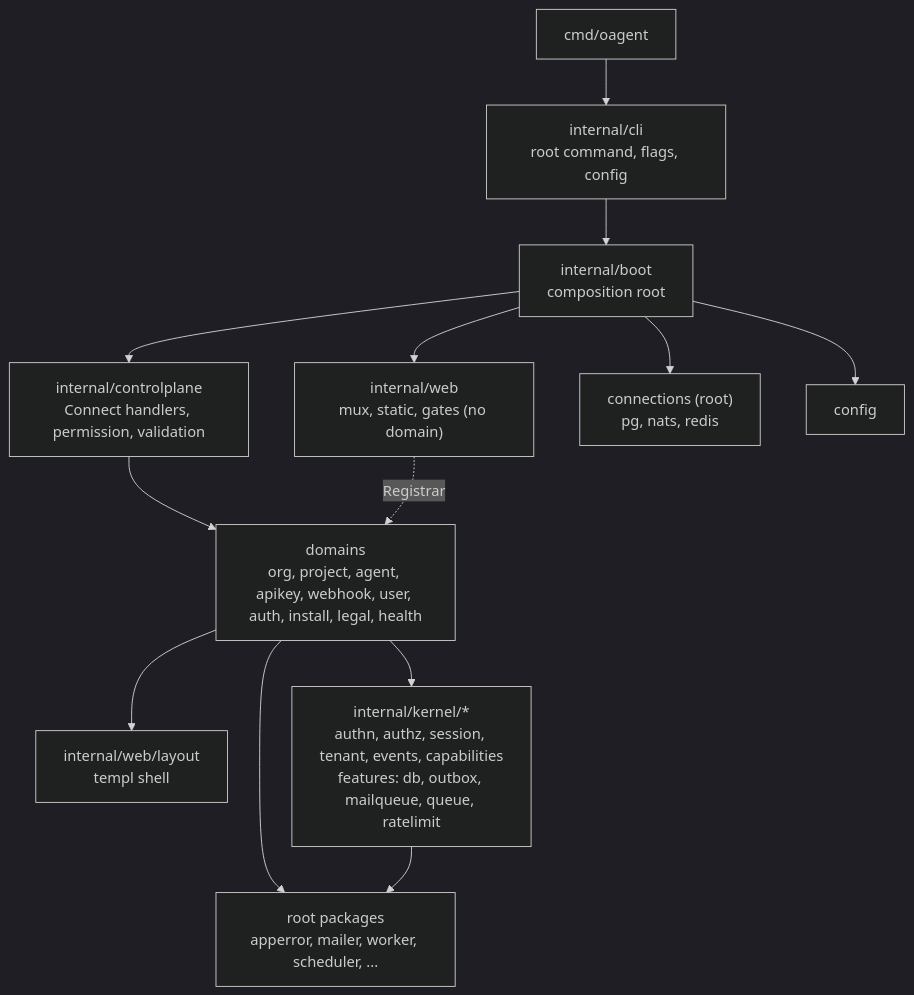
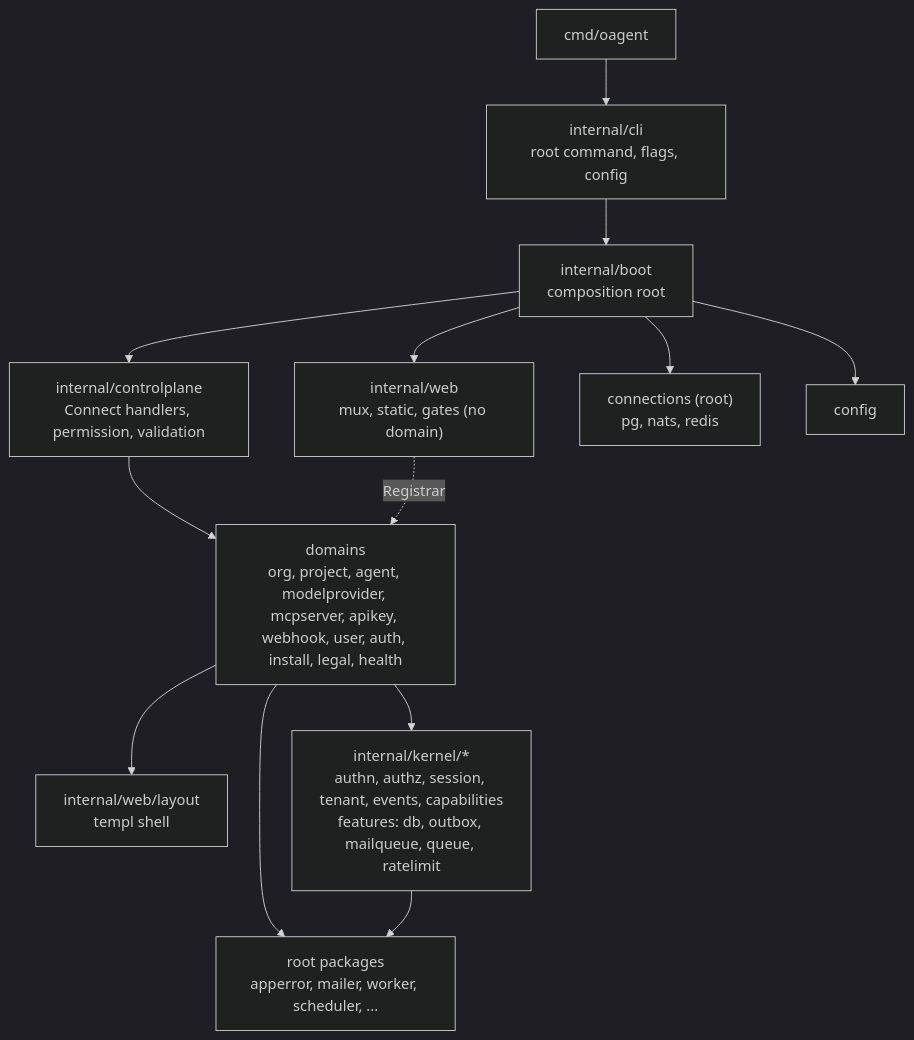
The diagram in docs/architecture/README.md (altalune-id/oagent), drawn with Mermaid (dark theme) before and after one commit. The commit also changed other lines of this file and 178 other files, not shown here.

````diff
--- a/docs/architecture/README.md
+++ b/docs/architecture/README.md
@@ -22,15 +22,15 @@
 ```mermaid
 flowchart TB
   CMD["cmd/oagent"] --> CLI["internal/cli<br/>root command, flags, config"]
   CLI --> BOOT["internal/boot<br/>composition root"]
   BOOT --> CP["internal/controlplane<br/>Connect handlers, permission, validation"]
   BOOT --> WEB["internal/web<br/>mux, static, gates (no domain)"]
-  CP --> DOM["domains<br/>org, project, agent, apikey, webhook, user, auth, install, legal, health"]
+  CP --> DOM["domains<br/>org, project, agent, modelprovider, mcpserver, apikey, webhook, user, auth, install, legal, health"]
   WEB -. Registrar .-> DOM
   DOM --> LAYOUT["internal/web/layout<br/>templ shell"]
   DOM --> KERNEL["internal/kernel/*<br/>authn, authz, session, tenant, events, capabilities<br/>features: db, outbox, mailqueue, queue, ratelimit"]
   DOM --> ROOT["root packages<br/>apperror, mailer, worker, scheduler, ..."]
   KERNEL --> ROOT
   BOOT --> CONN["connections (root)<br/>pg, nats, redis"]
   BOOT --> CFG["config"]
 ```
````
